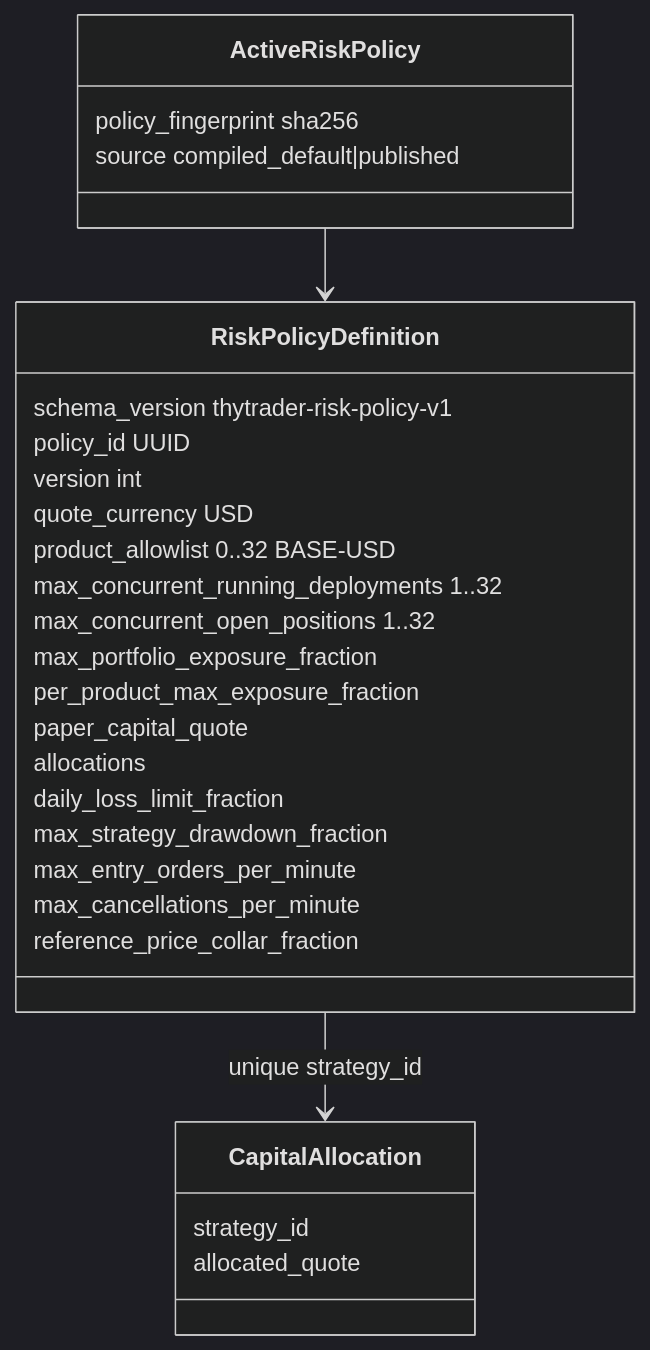
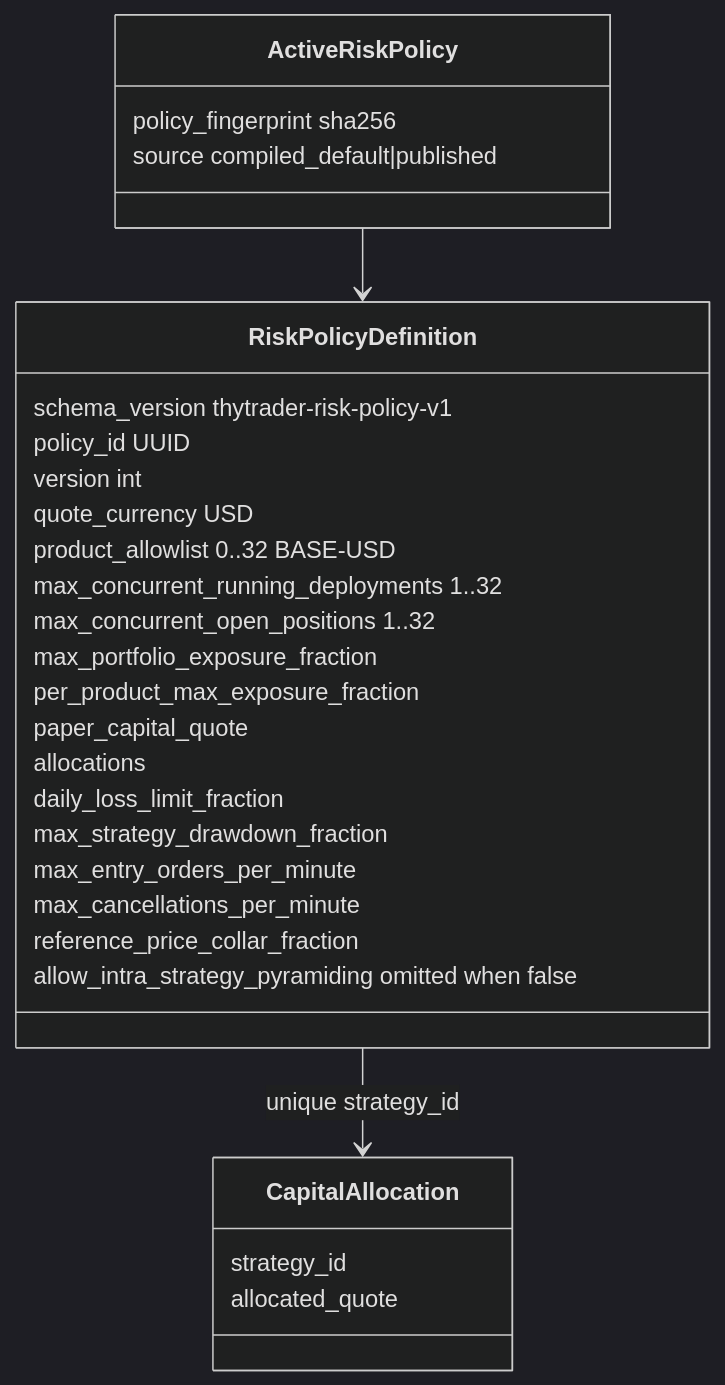
One commit to Zoltesh/thytrader changed the second of 4 diagrams in docs/architecture/contracts/other-payloads.md. Above: the diagram before and after it, drawn with Mermaid (dark theme). The commit also changed other lines of this file and 65 other files, not shown here.

First line of the commit message:
feat(strategy): multi-instrument documents and intra-strategy pyramiding (ADR 0056)

````diff
--- a/docs/architecture/contracts/other-payloads.md
+++ b/docs/architecture/contracts/other-payloads.md
@@ -34,31 +34,32 @@
 ```mermaid
 classDiagram
   class RiskPolicyDefinition {
     schema_version thytrader-risk-policy-v1
     policy_id UUID
     version int
     quote_currency USD
     product_allowlist 0..32 BASE-USD
     max_concurrent_running_deployments 1..32
     max_concurrent_open_positions 1..32
     max_portfolio_exposure_fraction
     per_product_max_exposure_fraction
     paper_capital_quote
     allocations
     daily_loss_limit_fraction
     max_strategy_drawdown_fraction
     max_entry_orders_per_minute
     max_cancellations_per_minute
     reference_price_collar_fraction
+    allow_intra_strategy_pyramiding omitted when false
   }
   class CapitalAllocation {
     strategy_id
     allocated_quote
   }
   class ActiveRiskPolicy {
     policy_fingerprint sha256
     source compiled_default|published
   }
   RiskPolicyDefinition --> CapitalAllocation : unique strategy_id
   ActiveRiskPolicy --> RiskPolicyDefinition
 ```
````
